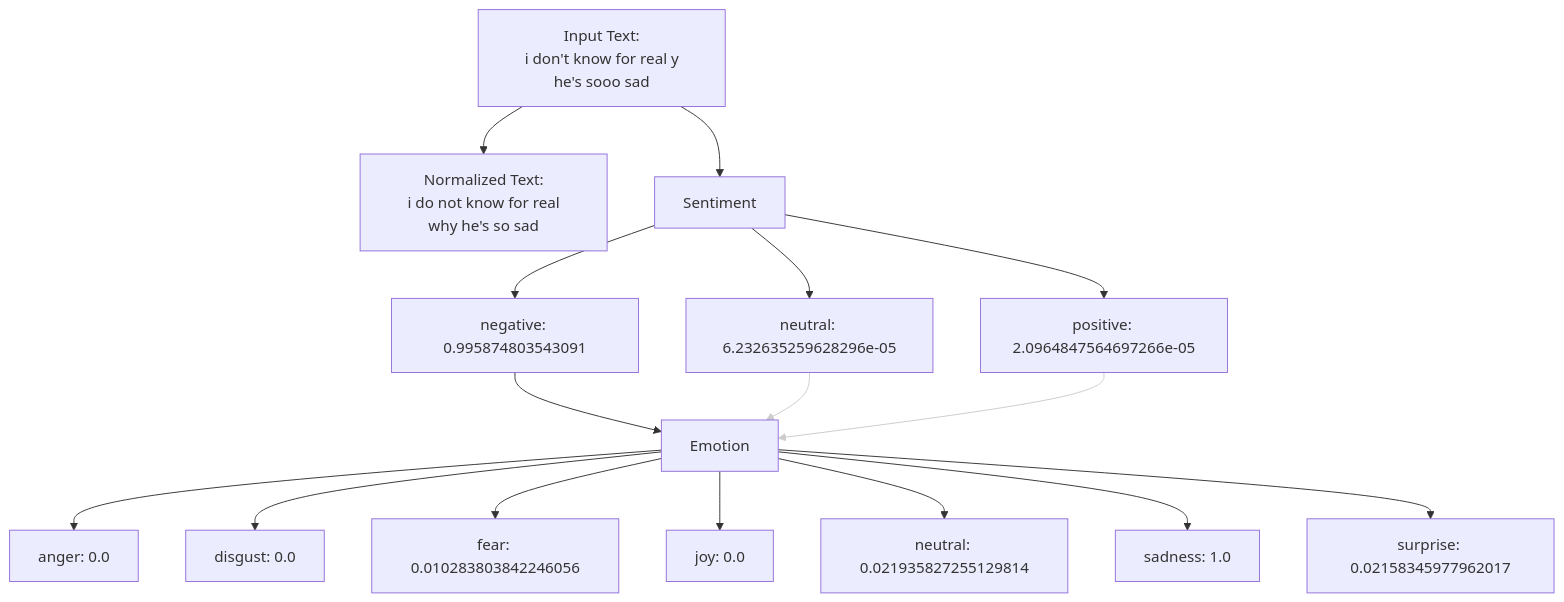
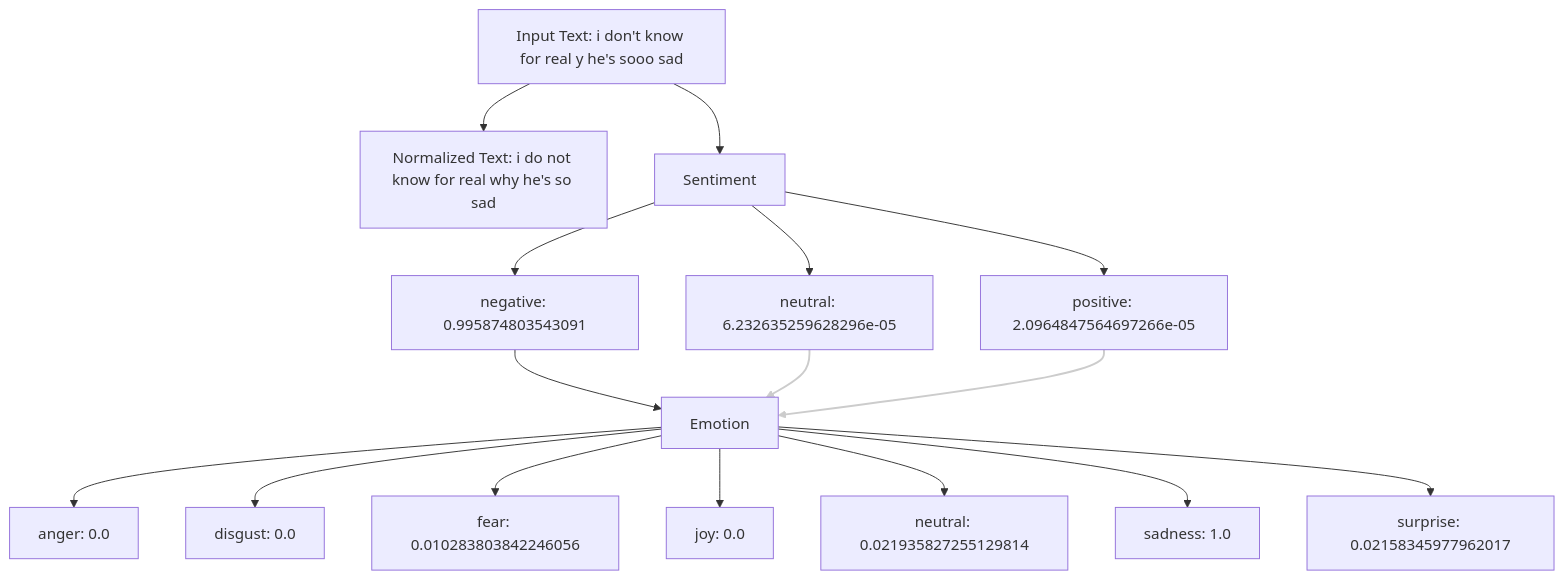
One commit to ArchismanKarmakar/Tachygraphy-Microtext-Analysis-And-Normalization changed the diagram in README.md. Above: the diagram before and after it, drawn with Mermaid.

````diff
--- a/README.md
+++ b/README.md
@@ -72,43 +72,43 @@
 ```mermaid
 graph TD;
-    A["Input Text:\n i don't know for real y he's sooo sad"]
-    B["Normalized Text:\n i do not know for real why he's so sad"]
+    A["Input Text: i don't know for real y he's sooo sad"]
+    B["Normalized Text: i do not know for real why he's so sad"]
     C["Sentiment"]
     
     D["negative: 0.995874803543091"]
     E["neutral: 6.232635259628296e-05"]
     F["positive: 2.0964847564697266e-05"]
 
     G["Emotion"]
     
     H["anger: 0.0"]
     I["disgust: 0.0"]
     J["fear: 0.010283803842246056"]
     K["joy: 0.0"]
     L["neutral: 0.021935827255129814"]
     M["sadness: 1.0"]
     N["surprise: 0.02158345977962017"]
 
     A --> B
     A --> C
     C --> D
     C --> E
     C --> F
 
     D --> G
     E --> G
     F --> G
 
     G --> H
     G --> I
     G --> J
     G --> K
     G --> L
     G --> M
     G --> N
 
 %% Style the edges from "neutral" and "positive" to "Emotion" with a lighter stroke.
-linkStyle 6 stroke:#cccccc, stroke-width:1px;
-linkStyle 7 stroke:#cccccc, stroke-width:1px;
+linkStyle 6 stroke:#cccccc, stroke-width:2px;
+linkStyle 7 stroke:#cccccc, stroke-width:2px;
 
 ```
````
